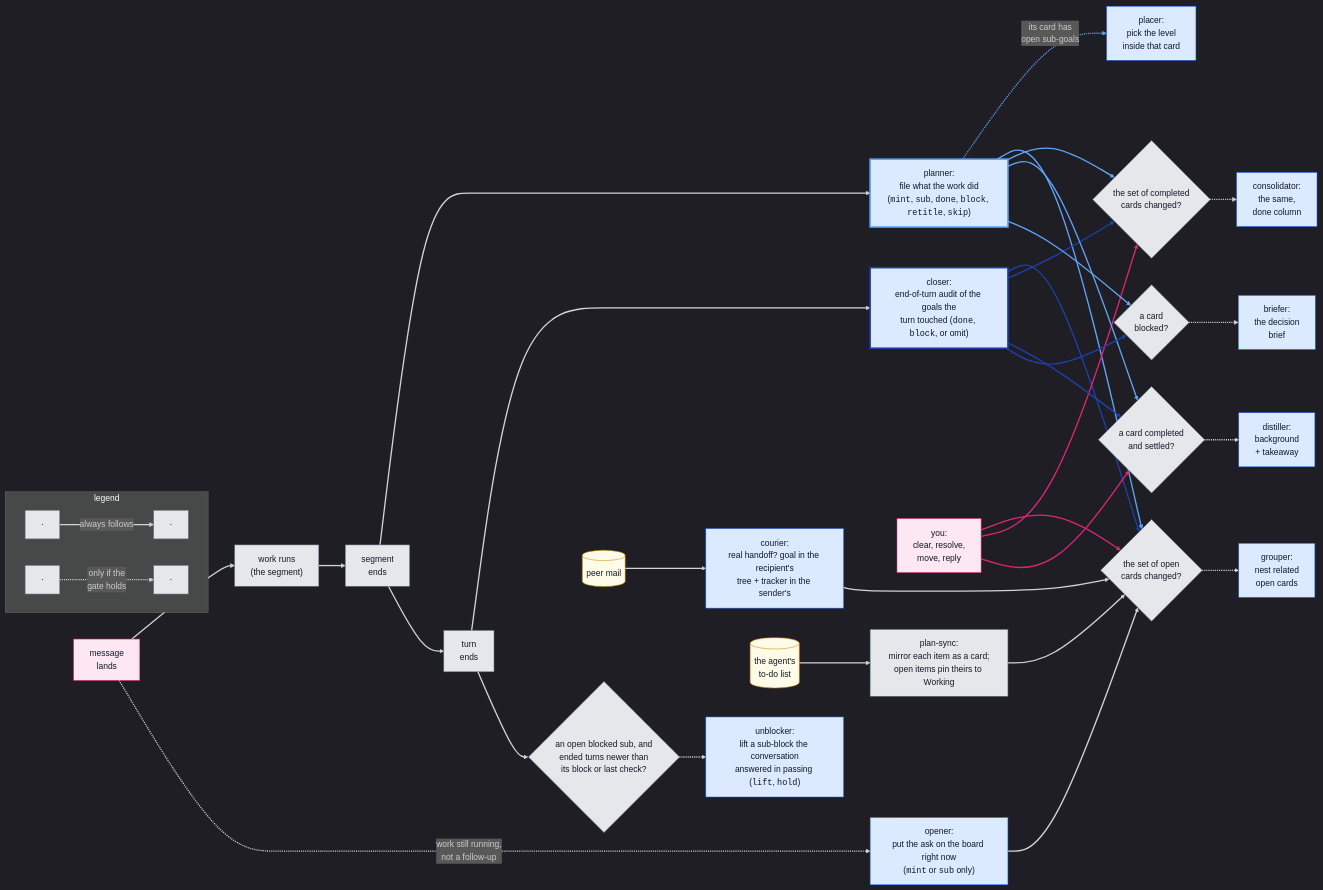
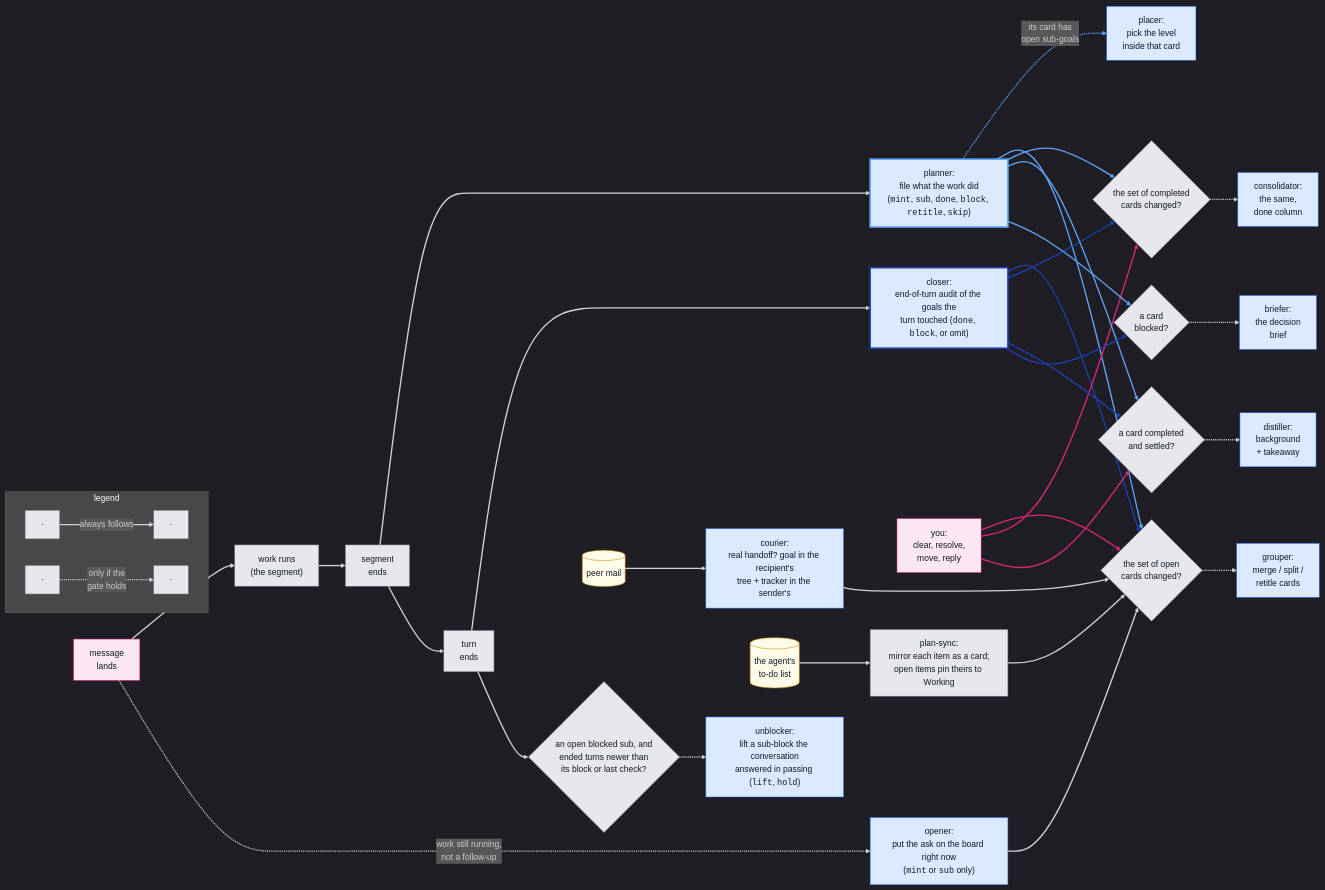
The diagram in docs/assets/diagrams/judge-pipeline-2.mmd (Chris-mian/romp), drawn with Mermaid before and after one commit. The commit also changed 10 other files, not shown here.

```diff
--- a/docs/assets/diagrams/judge-pipeline-2.mmd
+++ b/docs/assets/diagrams/judge-pipeline-2.mmd
@@ -1,36 +1,36 @@
 %%{init: {'theme':'dark'}}%%
 flowchart LR
     M["message<br/>lands"]:::user --> W["work runs<br/>(the segment)"]:::det --> E["segment<br/>ends"]:::det
     M -.->|"work still running,<br/>not a follow-up"| PP["opener:<br/>put the ask on the board right now<br/>(<code>mint</code> or <code>sub</code> only)"]:::llm
     E --> PL["planner:<br/>file what the work did<br/>(<code>mint</code>, <code>sub</code>, <code>done</code>, <code>block</code>, <code>retitle</code>, <code>skip</code>)"]:::planner
     E --> X["turn<br/>ends"]:::det
     X --> CL["closer:<br/>end-of-turn audit of the goals the<br/>turn touched (<code>done</code>, <code>block</code>, or omit)"]:::closer
     PL -.->|"its card has<br/>open sub-goals"| PC["placer:<br/>pick the level<br/>inside that card"]:::llm
     X ~~~ MAIL[("peer mail")]:::data --> CO["courier:<br/>real handoff? goal in the recipient's<br/>tree + tracker in the sender's"]:::llm
     X ~~~ TODO[("the agent's<br/>to-do list")]:::data --> SYNC["plan-sync:<br/>mirror each item as a card;<br/>open items pin theirs to Working"]:::det
     CO ~~~ YOU["you:<br/>clear, resolve,<br/>move, reply"]:::user
     PP & PL & CL & CO & SYNC & YOU --> OG{"the set of open<br/>cards changed?"}:::det
-    OG -.-> GR["grouper:<br/>nest related<br/>open cards"]:::llm
+    OG -.-> GR["grouper:<br/>merge / split /<br/>retitle cards"]:::llm
     PL & CL & YOU --> CG{"the set of completed<br/>cards changed?"}:::det
     CG -.-> CN["consolidator:<br/>the same,<br/>done column"]:::llm
     PL & CL & YOU --> DG{"a card completed<br/>and settled?"}:::det
     DG -.-> DI["distiller:<br/>background<br/>+ takeaway"]:::llm
     PL & CL --> BG{"a card<br/>blocked?"}:::det
     BG -.-> BR["briefer:<br/>the decision<br/>brief"]:::llm
     X --> UG{"an open blocked sub, and<br/>ended turns newer than<br/>its block or last check?"}:::det
     UG -.-> UN["unblocker:<br/>lift a sub-block the conversation<br/>answered in passing (<code>lift</code>, <code>hold</code>)"]:::llm
     subgraph LEGEND["legend"]
         direction LR
         LS1["·"]:::det -->|"always follows"| LS2["·"]:::det
         LD1["·"]:::det -.->|"only if the<br/>gate holds"| LD2["·"]:::det
     end
     linkStyle default stroke-width:2.5px
     linkStyle 6,13,19,23,27 stroke:#60a5fa
     linkStyle 14,20,24,28 stroke:#1e40af
     linkStyle 17,21,25 stroke:#db2777
     classDef llm fill:#dbeafe,stroke:#2563eb,color:#111827
     classDef planner fill:#dbeafe,stroke:#60a5fa,stroke-width:3px,color:#111827
     classDef closer fill:#dbeafe,stroke:#1e40af,stroke-width:3px,color:#111827
     classDef det fill:#e5e7eb,stroke:#6b7280,color:#111827
     classDef data fill:#fefce8,stroke:#ca8a04,color:#111827
     classDef user fill:#fce7f3,stroke:#db2777,color:#111827
```
